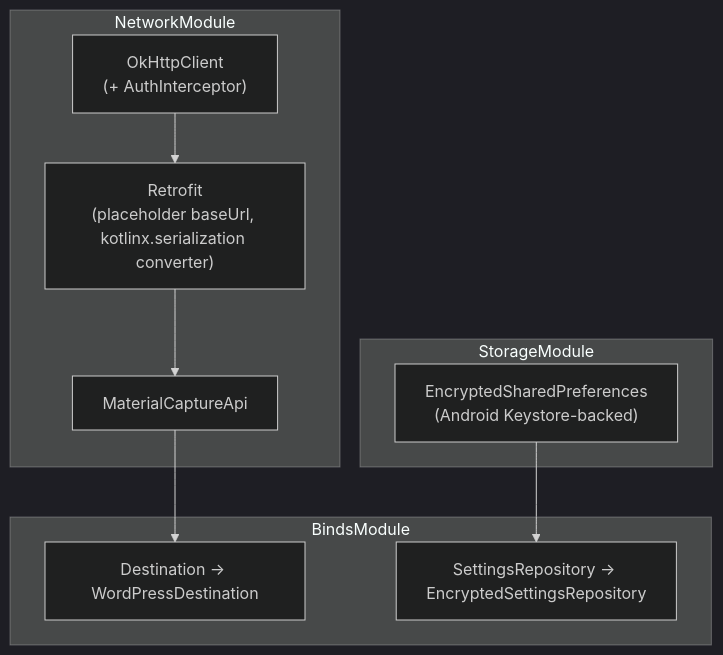
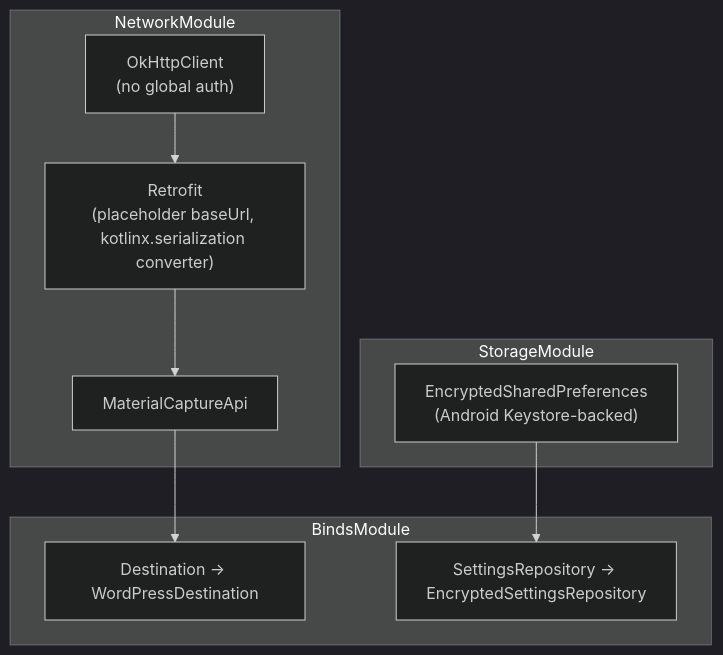
One commit to dopodomani/wp-share-to-draft changed the third of 4 diagrams in docs/phase3-android-app-design.md. Above: the diagram before and after it, drawn with Mermaid (dark theme). The commit also changed other lines of this file and 33 other files, not shown here.

````diff
--- a/docs/phase3-android-app-design.md
+++ b/docs/phase3-android-app-design.md
@@ -351,19 +358,19 @@
 ```mermaid
 flowchart TB
     subgraph NetworkModule
-        OkHttp["OkHttpClient\n(+ AuthInterceptor)"]
+        OkHttp["OkHttpClient\n(no global auth)"]
         RetrofitInst["Retrofit\n(placeholder baseUrl, kotlinx.serialization converter)"]
         ApiInst["MaterialCaptureApi"]
     end
     subgraph BindsModule
         DestBind["Destination -> WordPressDestination"]
         SettingsBind["SettingsRepository -> EncryptedSettingsRepository"]
     end
     subgraph StorageModule
         EncPrefs["EncryptedSharedPreferences\n(Android Keystore-backed)"]
     end
 
     OkHttp --> RetrofitInst --> ApiInst
     EncPrefs --> SettingsBind
     ApiInst --> DestBind
 ```
````
